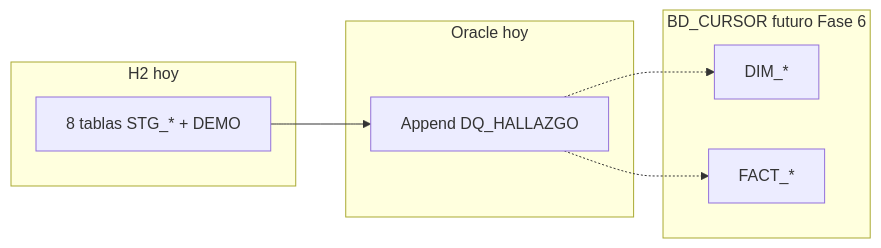
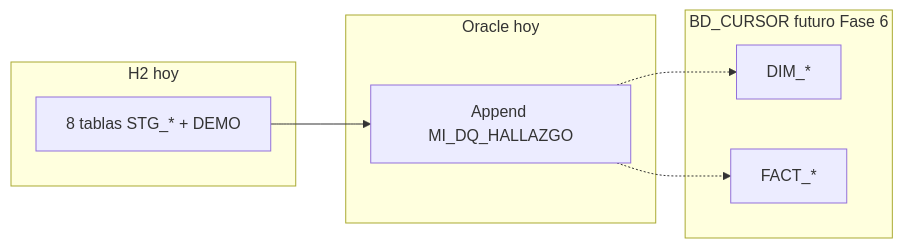
One commit to nwodevops/multa_informes_etl changed the third of 3 diagrams in docs/fase1-3/status.md. Above: the diagram before and after it, drawn with Mermaid. The commit also changed other lines of this file and 40 other files, not shown here.

````diff
--- a/docs/fase1-3/status.md
+++ b/docs/fase1-3/status.md
@@ -140,16 +140,16 @@
 ```mermaid
 flowchart LR
   subgraph h2now [H2 hoy]
     STG8["8 tablas STG_* + DEMO"]
   end
   subgraph oranow [Oracle hoy]
-    DQonly["Append DQ_HALLAZGO"]
+    DQonly["Append MI_DQ_HALLAZGO"]
   end
   subgraph orafut [BD_CURSOR futuro Fase 6]
     DIM["DIM_*"]
     FACT["FACT_*"]
   end
   STG8 --> DQonly
   DQonly -.-> DIM
   DQonly -.-> FACT
 ```
````
